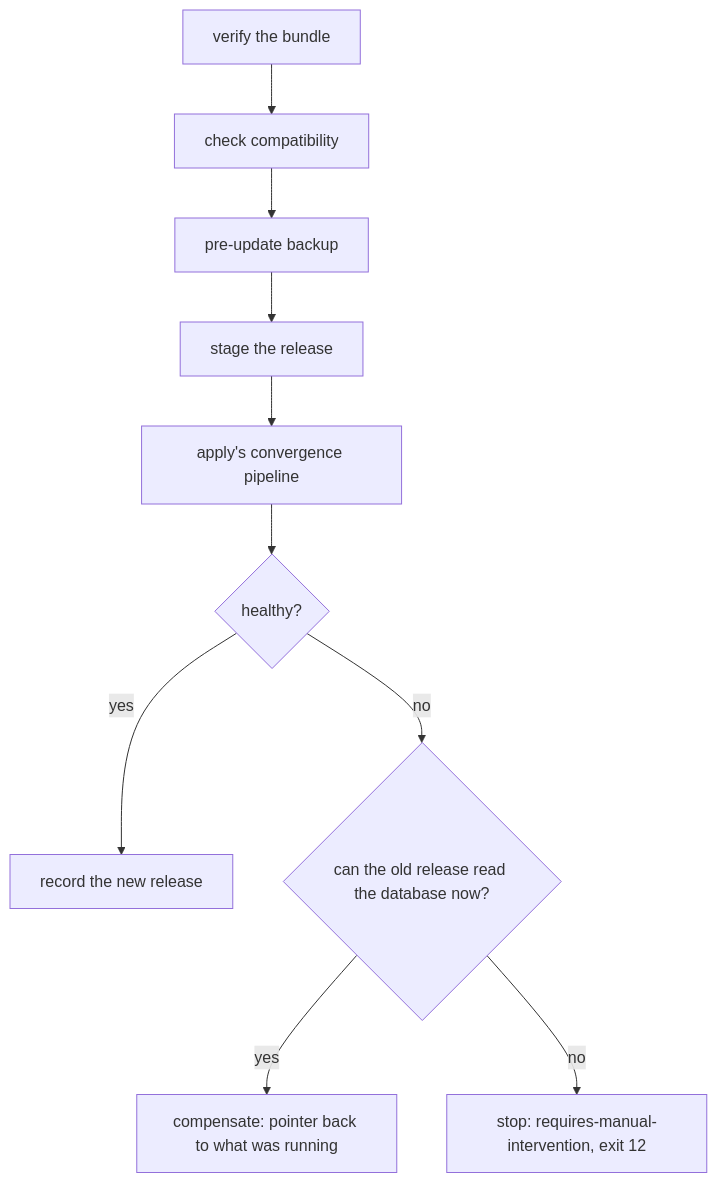
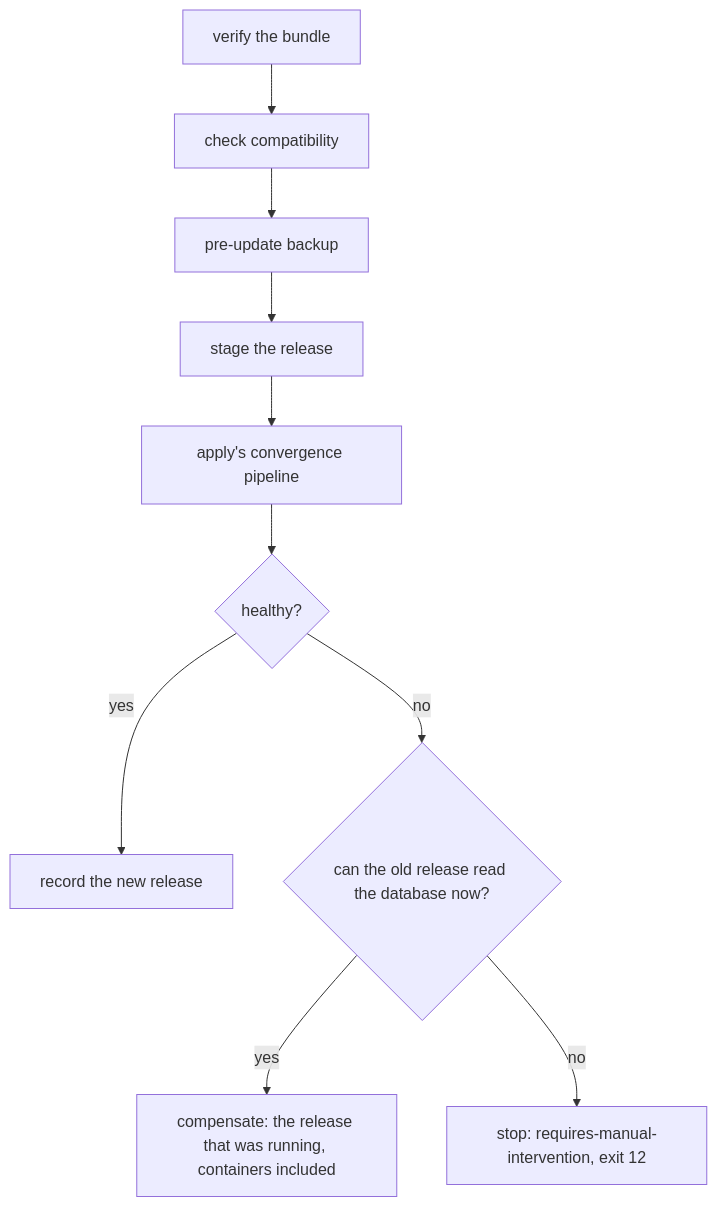
Before and after one commit to morzecrew/morzer: the diagram in pages/docs/operating/updating.md, drawn with Mermaid. The commit also changed other lines of this file and 10 other files, not shown here.

Commit message:
🐛 fix(update): bring the previous release back up when an update fails (#93)

````diff
--- a/pages/docs/operating/updating.md
+++ b/pages/docs/operating/updating.md
@@ -135,12 +135,12 @@
 ```mermaid
 flowchart TD
     A[verify the bundle] --> B[check compatibility]
     B --> C[pre-update backup]
     C --> D[stage the release]
     D --> E[apply's convergence pipeline]
     E --> F{healthy?}
     F -->|yes| G[record the new release]
     F -->|no| I{can the old release read the database now?}
-    I -->|yes| H[compensate: pointer back to what was running]
+    I -->|yes| H[compensate: the release that was running, containers included]
     I -->|no| J[stop: requires-manual-intervention, exit 12]
 ```
````
